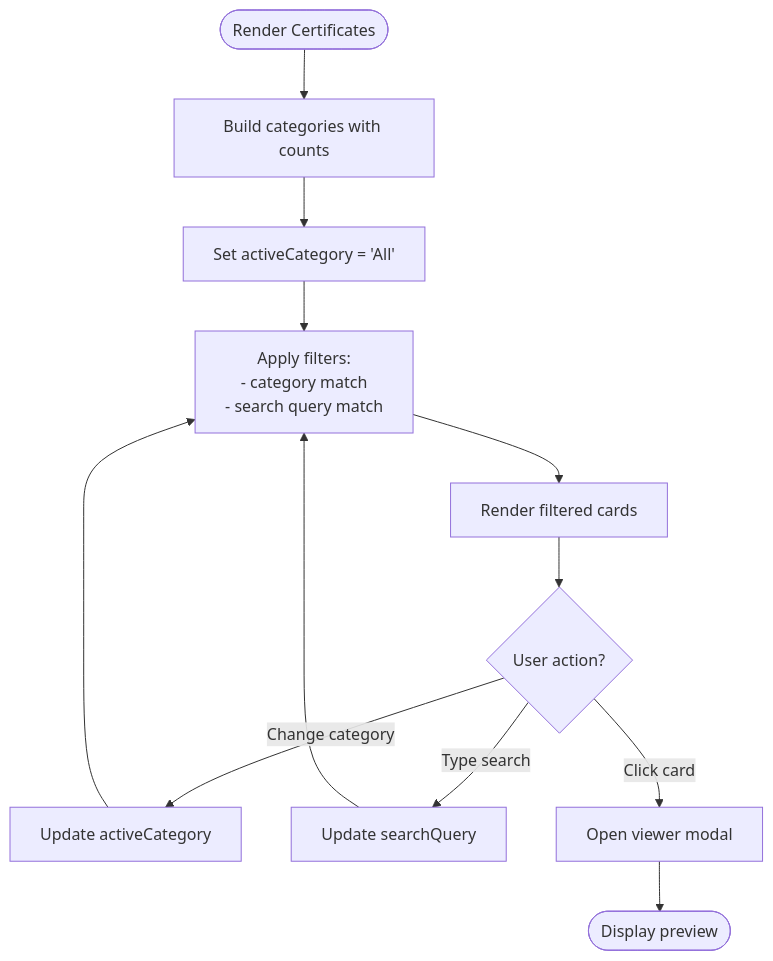
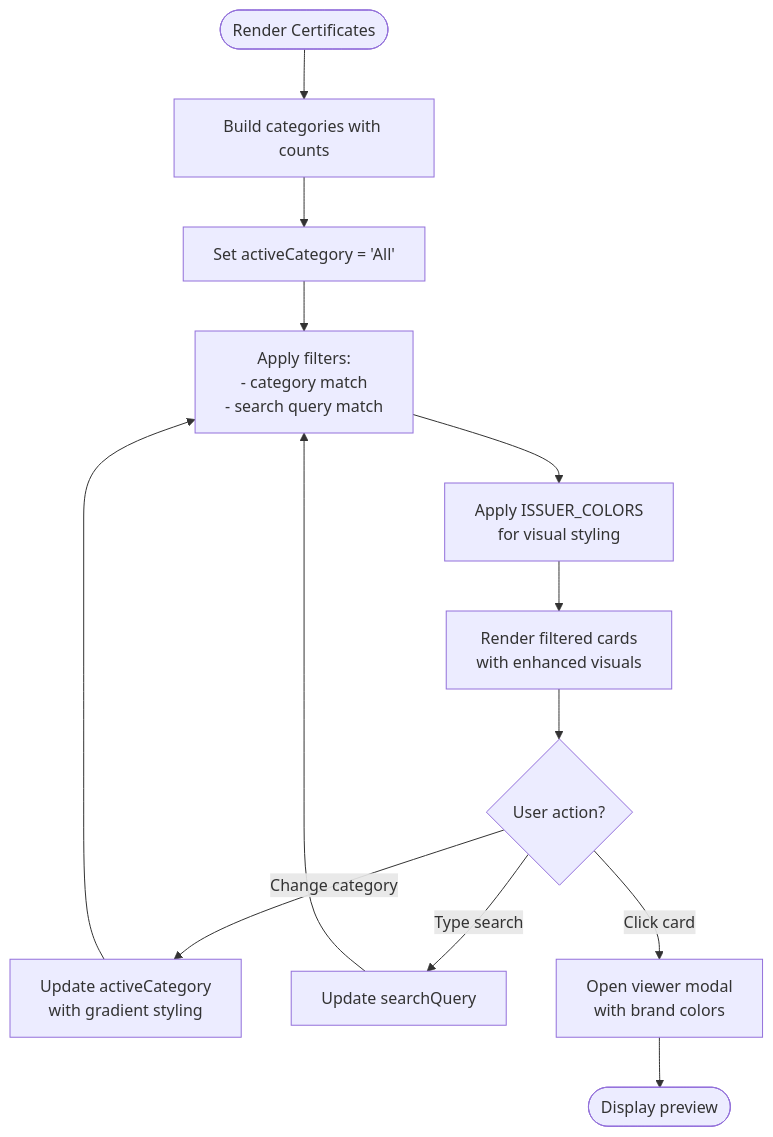
One commit to Gokulnath33/portfolio changed the third of 6 diagrams in .qoder/repowiki/en/content/Core Features/Certificates Management.md. Above: the diagram before and after it, drawn with Mermaid. The commit also changed other lines of this file and 34 other files, not shown here.

````diff
--- a/.qoder/repowiki/en/content/Core Features/Certificates Management.md
+++ b/.qoder/repowiki/en/content/Core Features/Certificates Management.md
@@ -126,14 +176,15 @@
 ```mermaid
 flowchart TD
 Start(["Render Certificates"]) --> BuildCats["Build categories with counts"]
 BuildCats --> SetActive["Set activeCategory = 'All'"]
 SetActive --> Filter["Apply filters:<br/>- category match<br/>- search query match"]
-Filter --> RenderGrid["Render filtered cards"]
+Filter --> ApplyColors["Apply ISSUER_COLORS<br/>for visual styling"]
+ApplyColors --> RenderGrid["Render filtered cards<br/>with enhanced visuals"]
 RenderGrid --> UserAction{"User action?"}
-UserAction --> |Change category| UpdateCat["Update activeCategory"]
+UserAction --> |Change category| UpdateCat["Update activeCategory<br/>with gradient styling"]
 UpdateCat --> Filter
 UserAction --> |Type search| UpdateSearch["Update searchQuery"]
 UpdateSearch --> Filter
-UserAction --> |Click card| OpenViewer["Open viewer modal"]
+UserAction --> |Click card| OpenViewer["Open viewer modal<br/>with brand colors"]
 OpenViewer --> End(["Display preview"])
 ```
````
